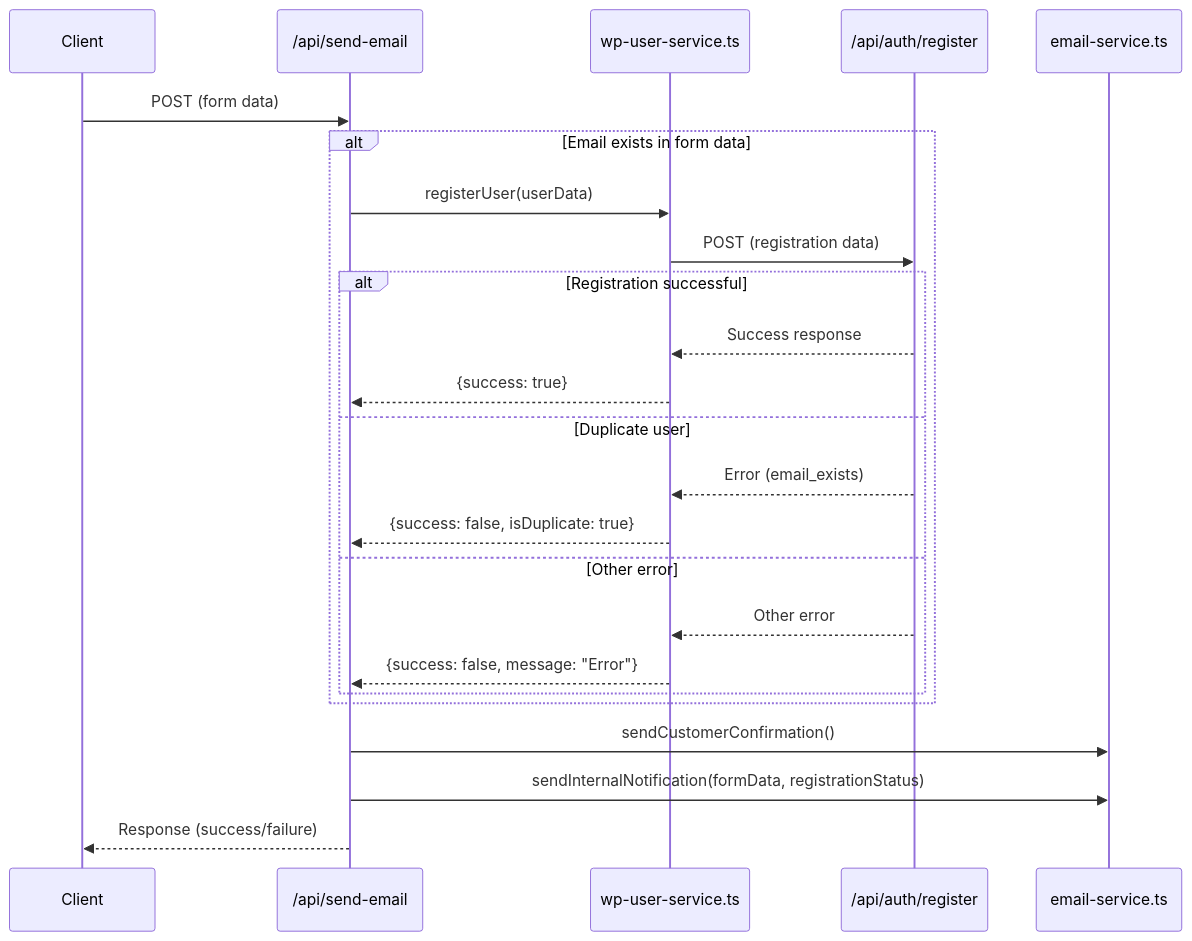
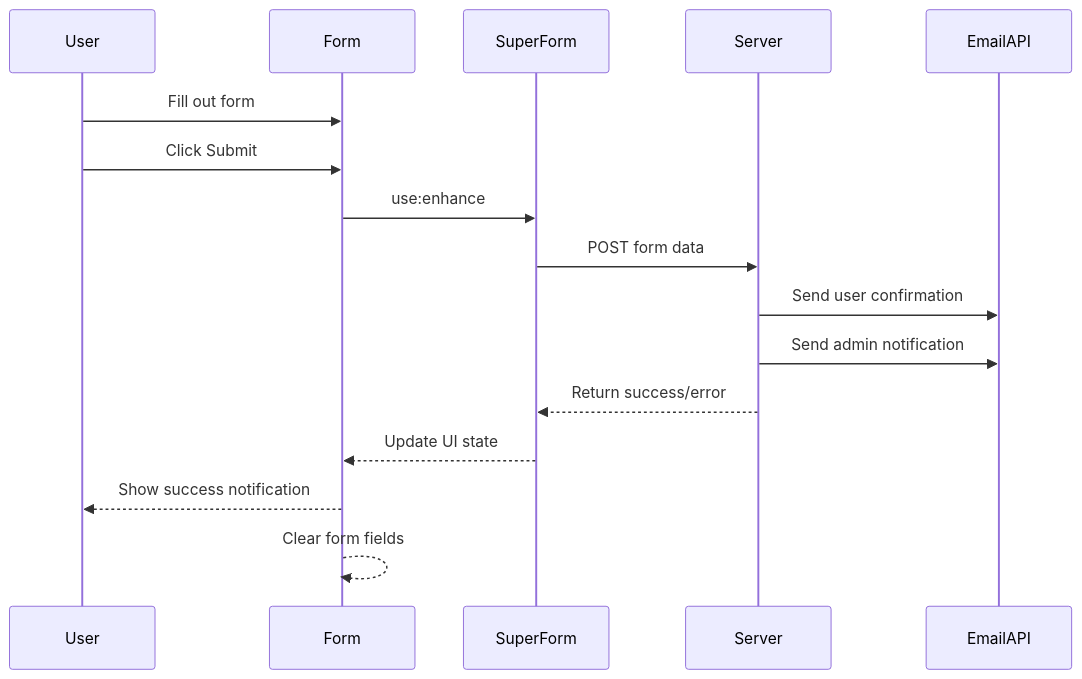
One commit to TimeMachine1994/TributetreamWebV1 changed the diagram in tributestream-form-submission-implementation.md. Above: the diagram before and after it, drawn with Mermaid. The commit also changed other lines of this file and 6 other files, not shown here.

````diff
--- a/tributestream-form-submission-implementation.md
+++ b/tributestream-form-submission-implementation.md
@@ -27,30 +43,19 @@
 ```mermaid
 sequenceDiagram
-    participant Client
-    participant EmailAPI as /api/send-email
-    participant WPUserService as wp-user-service.ts
-    participant RegisterAPI as /api/auth/register
-    participant EmailService as email-service.ts
+    participant User
+    participant Form
+    participant SuperForm
+    participant Server
+    participant EmailAPI
     
-    Client->>EmailAPI: POST (form data)
-    
-    alt Email exists in form data
-        EmailAPI->>WPUserService: registerUser(userData)
-        WPUserService->>RegisterAPI: POST (registration data)
-        
-        alt Registration successful
-            RegisterAPI-->>WPUserService: Success response
-            WPUserService-->>EmailAPI: {success: true}
-        else Duplicate user
-            RegisterAPI-->>WPUserService: Error (email_exists)
-            WPUserService-->>EmailAPI: {success: false, isDuplicate: true}
-        else Other error
-            RegisterAPI-->>WPUserService: Other error
-            WPUserService-->>EmailAPI: {success: false, message: "Error"}
-        end
-    end
-    
-    EmailAPI->>EmailService: sendCustomerConfirmation()
-    EmailAPI->>EmailService: sendInternalNotification(formData, registrationStatus)
-    EmailAPI-->>Client: Response (success/failure)
+    User->>Form: Fill out form
+    User->>Form: Click Submit
+    Form->>SuperForm: use:enhance
+    SuperForm->>Server: POST form data
+    Server->>EmailAPI: Send user confirmation
+    Server->>EmailAPI: Send admin notification
+    Server-->>SuperForm: Return success/error
+    SuperForm-->>Form: Update UI state
+    Form-->>User: Show success notification
+    Form-->>Form: Clear form fields
 ```
````
